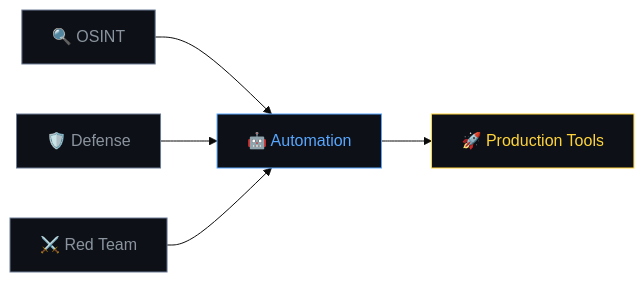
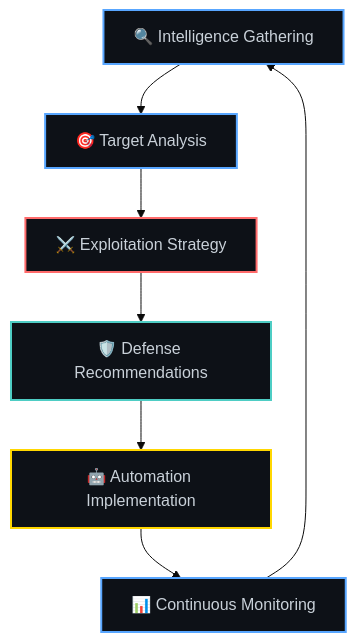
The diagram in README.md (0xb0rn3/0xb0rn3), drawn with Mermaid (base theme) before and after one commit. The commit also changed other lines of this file, not shown here.

````diff
--- a/README.md
+++ b/README.md
@@ -98,13 +215,16 @@
 ```mermaid
-graph LR
-    A[🔍 OSINT] --> D[🤖 Automation]
-    B[🛡️ Defense] --> D
-    C[⚔️ Red Team] --> D
-    D --> E[🚀 Production Tools]
+graph TD
+    A[🔍 Intelligence Gathering] --> B[🎯 Target Analysis]
+    B --> C[⚔️ Exploitation Strategy]
+    C --> D[🛡️ Defense Recommendations]
+    D --> E[🤖 Automation Implementation]
+    E --> F[📊 Continuous Monitoring]
+    F --> A
     
-    style A fill:#0D1117,stroke:#6C7B95,color:#8B949E
-    style B fill:#0D1117,stroke:#6C7B95,color:#8B949E
-    style C fill:#0D1117,stroke:#6C7B95,color:#8B949E
-    style D fill:#0D1117,stroke:#58A6FF,color:#58A6FF
-    style E fill:#0D1117,stroke:#FFD43B,color:#FFD43B
+    style A fill:#0D1117,stroke:#58A6FF,stroke-width:2px,color:#C9D1D9
+    style B fill:#0D1117,stroke:#58A6FF,stroke-width:2px,color:#C9D1D9
+    style C fill:#0D1117,stroke:#FF6B6B,stroke-width:2px,color:#C9D1D9
+    style D fill:#0D1117,stroke:#4ECDC4,stroke-width:2px,color:#C9D1D9
+    style E fill:#0D1117,stroke:#FFD700,stroke-width:2px,color:#C9D1D9
+    style F fill:#0D1117,stroke:#58A6FF,stroke-width:2px,color:#C9D1D9
 ```
````
